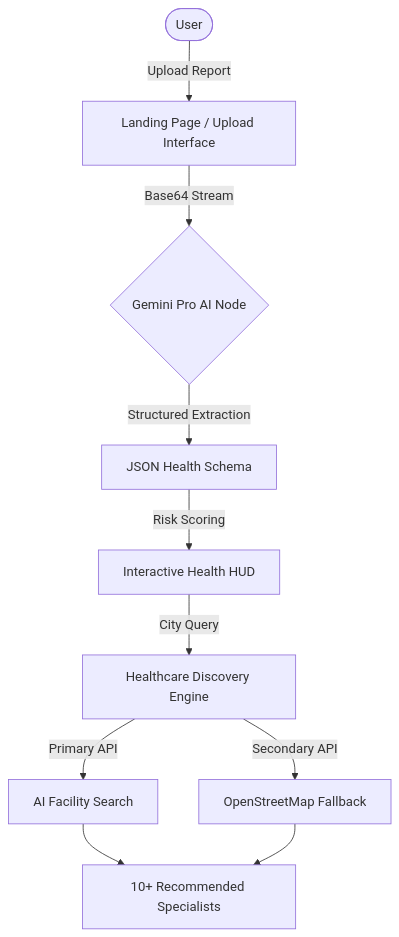
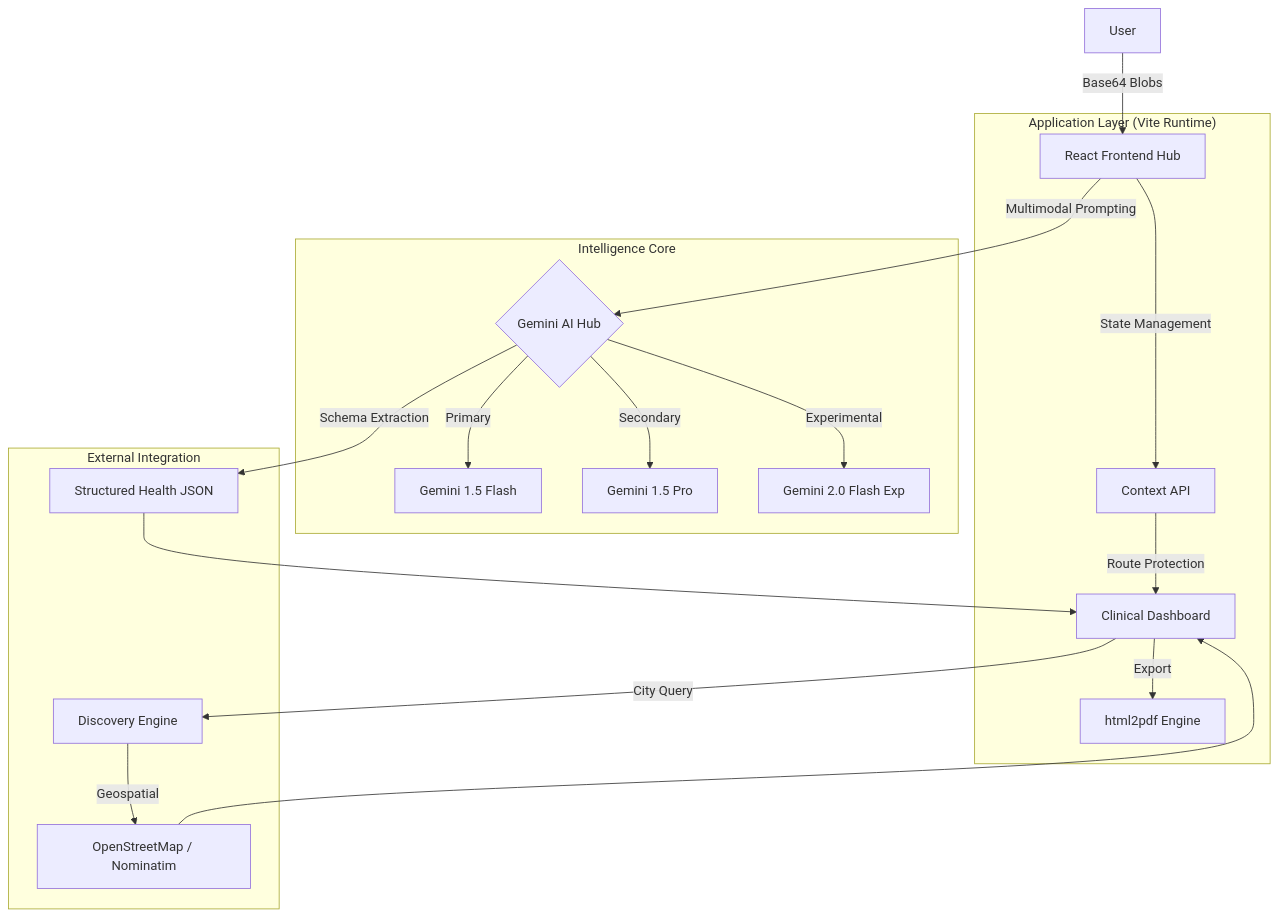
The first of 2 diagrams in README.md (pshree2003/MedIntel-Smart-Health-Report-Analyzer-with-AI-Risk-Prediction), drawn with Mermaid before and after one commit. The commit also changed other lines of this file and 12 other files, not shown here.

````diff
--- a/README.md
+++ b/README.md
@@ -40,11 +16,31 @@
 ```mermaid
 graph TD
-    User([User]) -- "Upload Report" --> Landing[Landing Page / Upload Interface]
-    Landing -- "Base64 Stream" --> GeminiAI{Gemini Pro AI Node}
-    GeminiAI -- "Structured Extraction" --> Extraction[JSON Health Schema]
-    Extraction -- "Risk Scoring" --> Dashboard[Interactive Health HUD]
-    Dashboard -- "City Query" --> Discovery[Healthcare Discovery Engine]
-    Discovery -- "Primary API" --> GeminiSearch[AI Facility Search]
-    Discovery -- "Secondary API" --> OSMSearch[OpenStreetMap Fallback]
-    GeminiSearch & OSMSearch --> Results[10+ Recommended Specialists]
+    %% User Layer
+    User[User] -- "Base64 Blobs" --> UI[React Frontend Hub]
+    
+    %% Application Layer
+    subgraph "Application Layer (Vite Runtime)"
+        UI -- "State Management" --> Context[Context API]
+        Context -- "Route Protection" --> Dashboard[Clinical Dashboard]
+        Dashboard -- "Export" --> PDF[html2pdf Engine]
+    end
+
+    %% Intelligence Layer
+    subgraph "Intelligence Core"
+        UI -- "Multimodal Prompting" --> GeminiNode{Gemini AI Hub}
+        GeminiNode -- "Primary" --> G15F[Gemini 1.5 Flash]
+        GeminiNode -- "Secondary" --> G15P[Gemini 1.5 Pro]
+        GeminiNode -- "Experimental" --> G2F[Gemini 2.0 Flash Exp]
+    end
+
+    %% External & Data Layer
+    subgraph "External Integration"
+        GeminiNode -- "Schema Extraction" --> JSON[Structured Health JSON]
+        Dashboard -- "City Query" --> Discovery[Discovery Engine]
+        Discovery -- "Geospatial" --> OSM[OpenStreetMap / Nominatim]
+    end
+
+    %% Visualization
+    JSON --> Dashboard
+    OSM --> Dashboard
 ```
````
